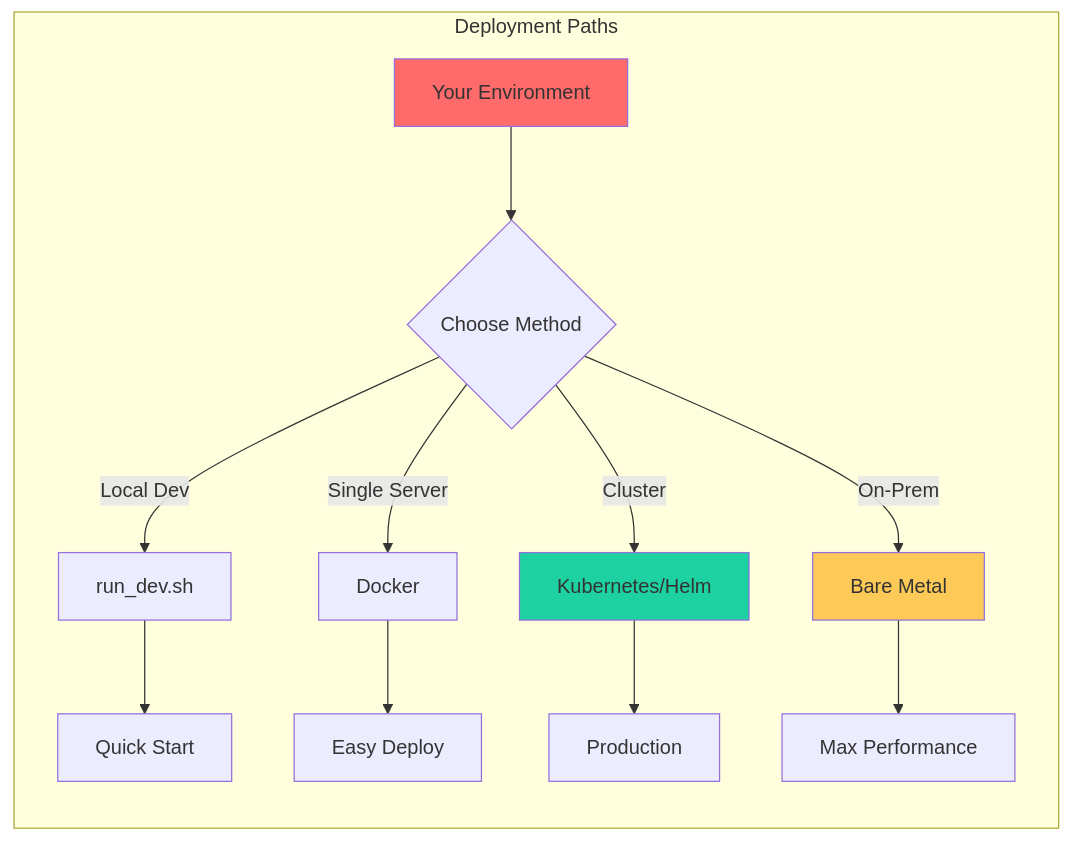
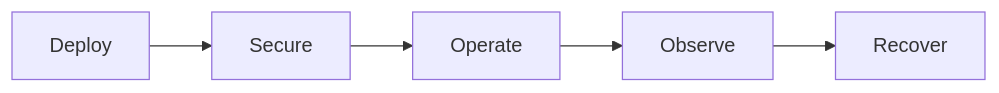
One commit to vjsingh1984/inferflux changed the first of 2 diagrams in docs/AdminGuide.md. Above: the diagram before and after it, drawn with Mermaid. The commit also changed other lines of this file and 161 other files, not shown here.

````diff
--- a/docs/AdminGuide.md
+++ b/docs/AdminGuide.md
@@ -58,20 +5,7 @@
 ```mermaid
-graph LR
-    subgraph "Deployment Paths"
-        A[Your Environment] --> B{Choose Method}
-
-        B -->|Local Dev| C[run_dev.sh]
-        B -->|Single Server| D[Docker]
-        B -->|Cluster| E[Kubernetes/Helm]
-        B -->|On-Prem| F[Bare Metal]
-
-        C --> G[Quick Start]
-        D --> H[Easy Deploy]
-        E --> I[Production]
-        F --> J[Max Performance]
-    end
-
-    style A fill:#ff6b6b
-    style E fill:#1dd1a1
-    style F fill:#feca57
+flowchart LR
+    A[Deploy] --> B[Secure]
+    B --> C[Operate]
+    C --> D[Observe]
+    D --> E[Recover]
 ```
````
